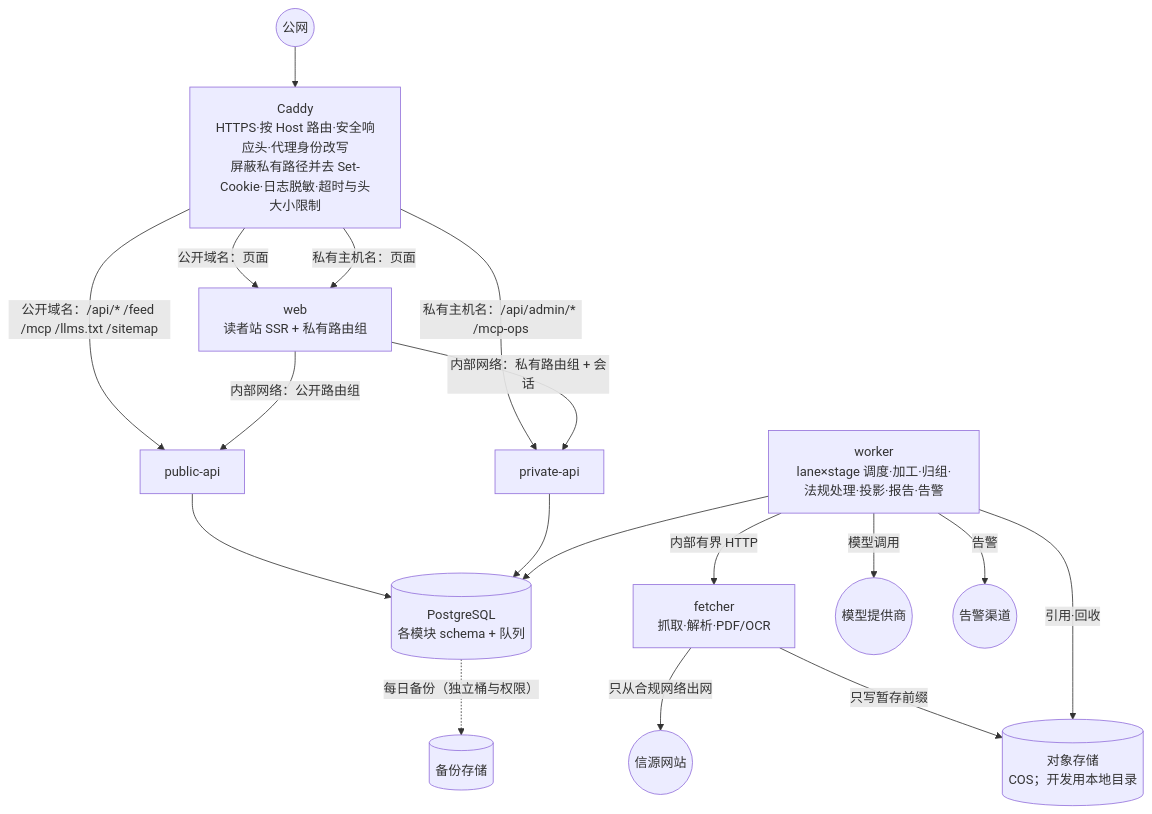
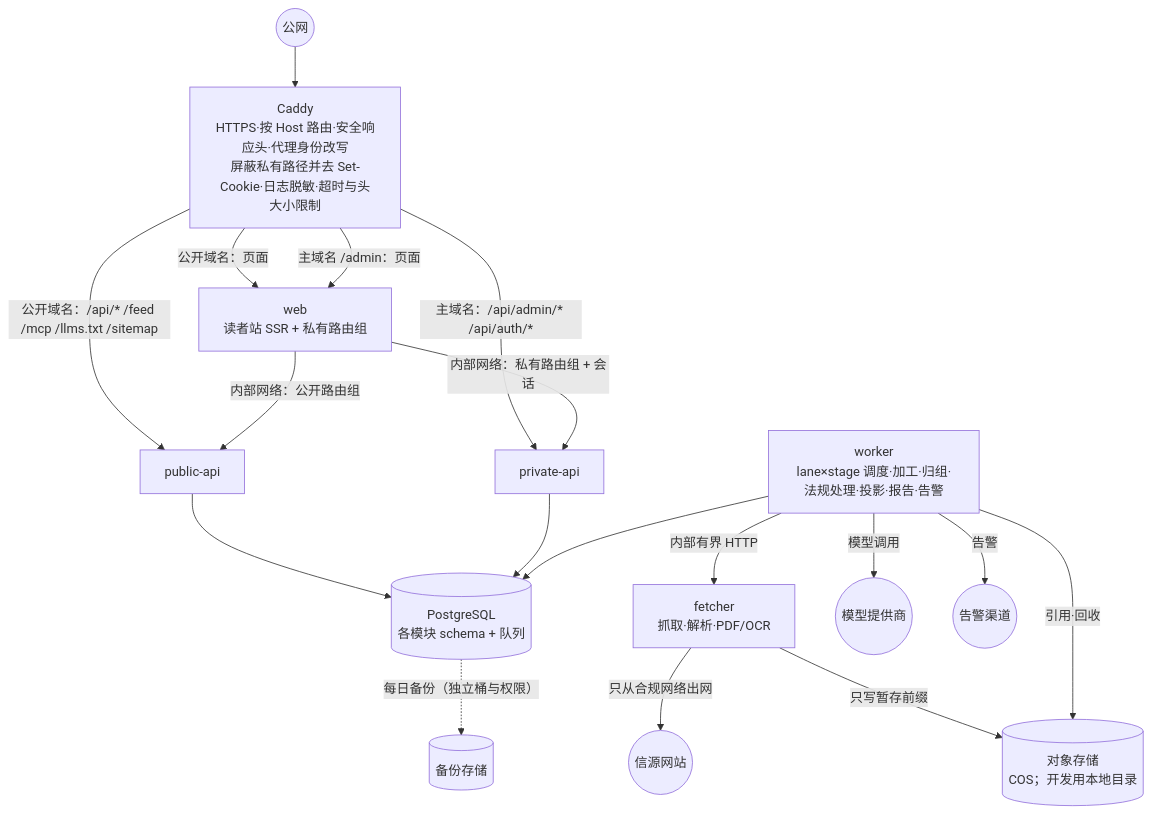
Before and after one commit to Crhis-CP/AI-MINE: the second of 4 diagrams in docs/04-architecture/01-target-architecture.md, drawn with Mermaid. The commit also changed other lines of this file and 34 other files, not shown here.

````diff
--- a/docs/04-architecture/01-target-architecture.md
+++ b/docs/04-architecture/01-target-architecture.md
@@ -54,20 +54,20 @@
 ```mermaid
 flowchart TB
   NET((公网)) --> CADDY[Caddy<br/>HTTPS·按 Host 路由·安全响应头·代理身份改写<br/>屏蔽私有路径并去 Set-Cookie·日志脱敏·超时与头大小限制]
   CADDY -->|公开域名：页面| WEB[web<br/>读者站 SSR + 私有路由组]
   CADDY -->|公开域名：/api/* /feed /mcp /llms.txt /sitemap| PAPI[public-api]
-  CADDY -->|私有主机名：页面| WEB
-  CADDY -->|私有主机名：/api/admin/* /mcp-ops| XAPI[private-api]
+  CADDY -->|主域名 /admin：页面| WEB
+  CADDY -->|主域名：/api/admin/* /api/auth/*| XAPI[private-api]
   WEB -->|内部网络：公开路由组| PAPI
   WEB -->|内部网络：私有路由组 + 会话| XAPI
   PAPI --> PG[(PostgreSQL<br/>各模块 schema + 队列)]
   XAPI --> PG
   WK[worker<br/>lane×stage 调度·加工·归组·法规处理·投影·报告·告警] --> PG
   WK -->|内部有界 HTTP| FT[fetcher<br/>抓取·解析·PDF/OCR]
   FT -->|只从合规网络出网| INTERNET((信源网站))
   FT -->|只写暂存前缀| OBJ[(对象存储<br/>COS；开发用本地目录)]
   WK -->|引用·回收| OBJ
   WK -->|模型调用| LLMP((模型提供商))
   WK -->|告警| ALERTP((告警渠道))
   PG -. 每日备份（独立桶与权限）.-> BAK[(备份存储)]
 ```
````
